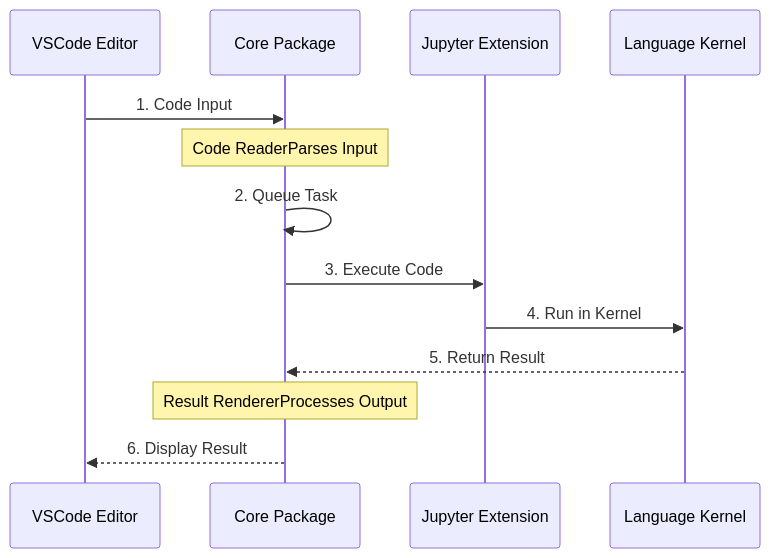
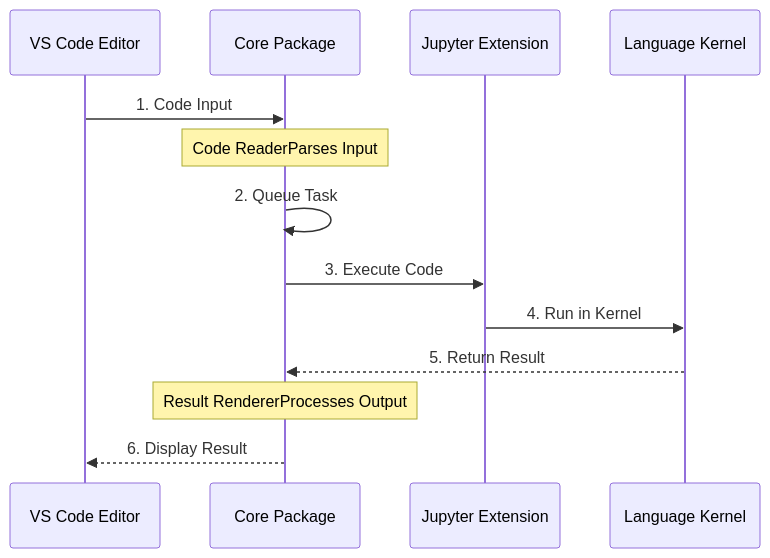
Before and after one commit to mh-mobile/zenn_docs: the second of 2 diagrams in articles/73aab10616892d.md, drawn with Mermaid. The commit also changed other lines of this file, not shown here.

````diff
--- a/articles/73aab10616892d.md
+++ b/articles/73aab10616892d.md
@@ -604,16 +598,16 @@
 ```mermaid
 sequenceDiagram
-    participant Editor as VSCode Editor
+    participant Editor as VS Code Editor
     participant Core as Core Package
     participant Jupyter as Jupyter Extension
     participant Kernel as Language Kernel
 
     Editor->>Core: 1. Code Input
     Note over Core: Code ReaderParses Input
     Core->>Core: 2. Queue Task
     Core->>Jupyter: 3. Execute Code
     Jupyter->>Kernel: 4. Run in Kernel
     Kernel-->>Core: 5. Return Result
     Note over Core: Result RendererProcesses Output
     Core-->>Editor: 6. Display Result
 ```
````
